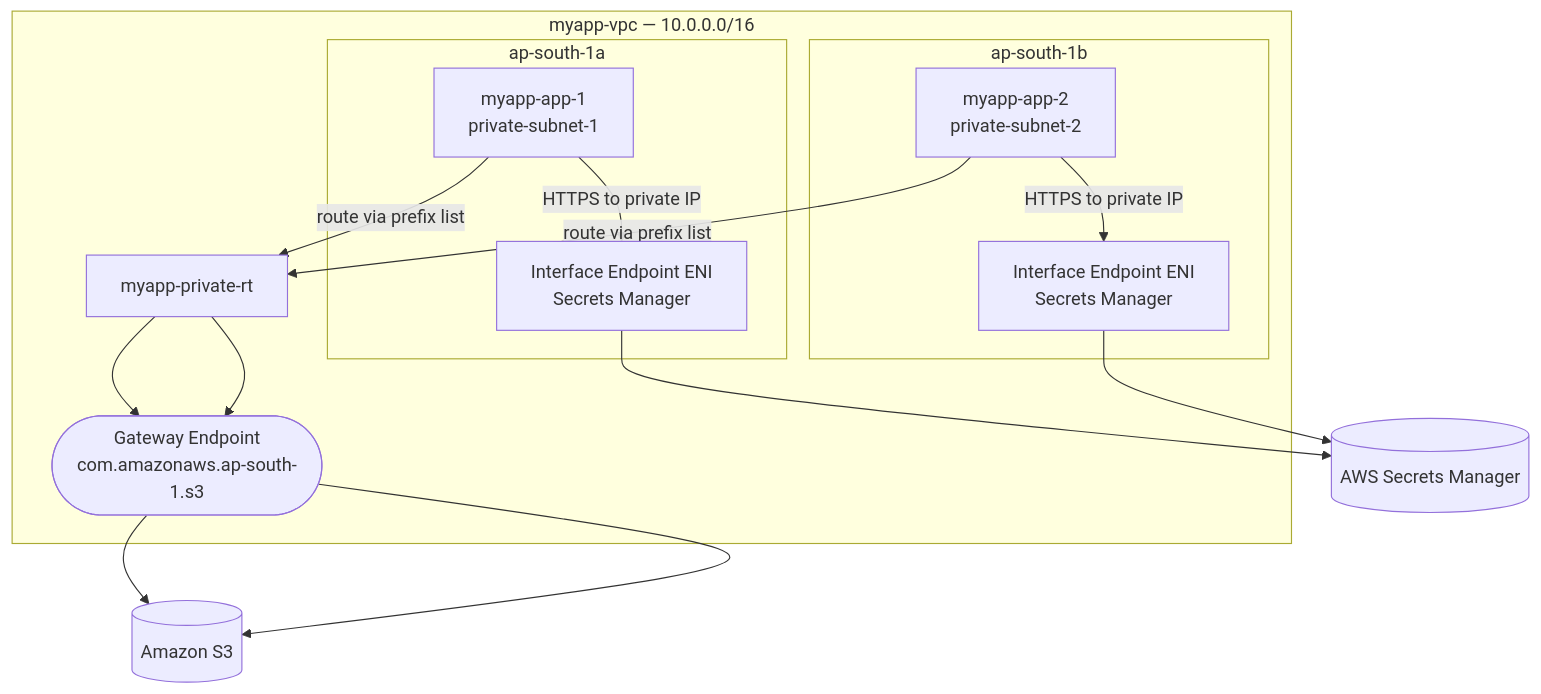
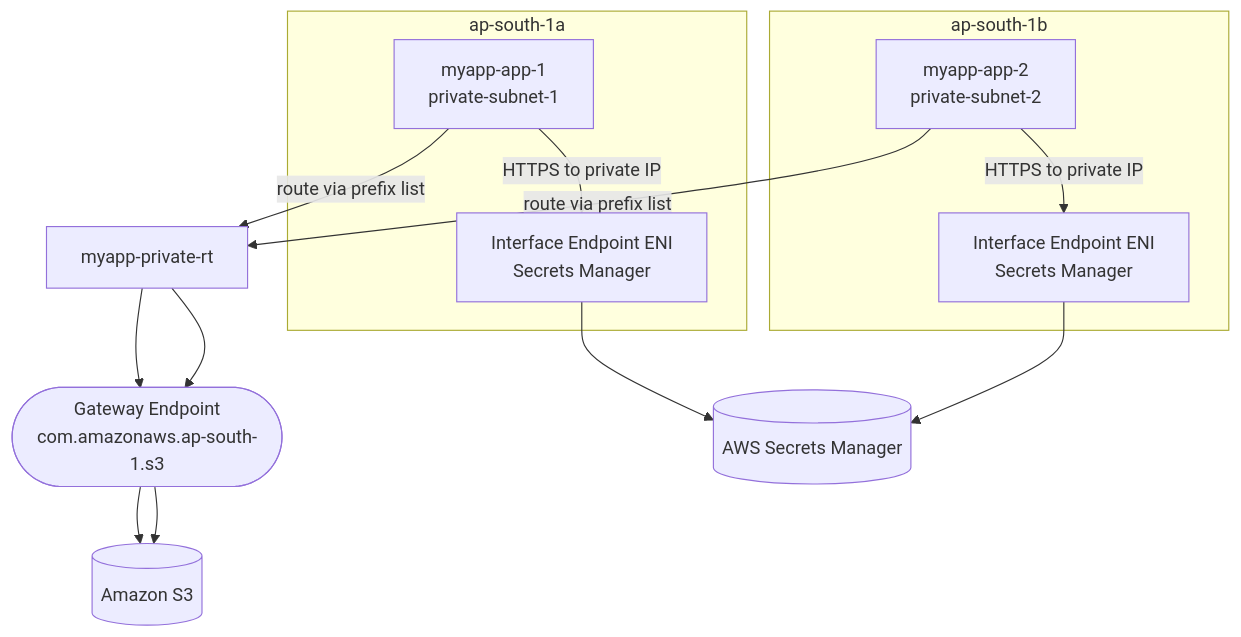
Before and after one commit to msdeepak052/AWS_Imp_Concepts: the diagram in VPC/18-VPC-Endpoints-and-PrivateLink.md, drawn with Mermaid. The commit also changed 11 other files, not shown here.

Commit message:
Mermaid Diagram fixed

````diff
--- a/VPC/18-VPC-Endpoints-and-PrivateLink.md
+++ b/VPC/18-VPC-Endpoints-and-PrivateLink.md
@@ -71,22 +71,20 @@
 ```mermaid
 flowchart TD
-    subgraph VPC["myapp-vpc — 10.0.0.0/16"]
-        subgraph AZ1["ap-south-1a"]
-            APP1["myapp-app-1<br/>private-subnet-1"]
-            IF1["Interface Endpoint ENI<br/>Secrets Manager"]
-        end
-        subgraph AZ2["ap-south-1b"]
-            APP2["myapp-app-2<br/>private-subnet-2"]
-            IF2["Interface Endpoint ENI<br/>Secrets Manager"]
-        end
-        RT["myapp-private-rt"]
-        GWE(["Gateway Endpoint<br/>com.amazonaws.ap-south-1.s3"])
+    subgraph AZ1["ap-south-1a"]
+        APP1["myapp-app-1<br/>private-subnet-1"]
+        IF1["Interface Endpoint ENI<br/>Secrets Manager"]
     end
+    subgraph AZ2["ap-south-1b"]
+        APP2["myapp-app-2<br/>private-subnet-2"]
+        IF2["Interface Endpoint ENI<br/>Secrets Manager"]
+    end
+    RT["myapp-private-rt"]
+    GWE(["Gateway Endpoint<br/>com.amazonaws.ap-south-1.s3"])
     S3[("Amazon S3")]
     SECMGR[("AWS Secrets Manager")]
 
     APP1 -->|route via prefix list| RT --> GWE --> S3
     APP2 -->|route via prefix list| RT --> GWE --> S3
     APP1 -->|HTTPS to private IP| IF1 --> SECMGR
     APP2 -->|HTTPS to private IP| IF2 --> SECMGR
 ```
````
